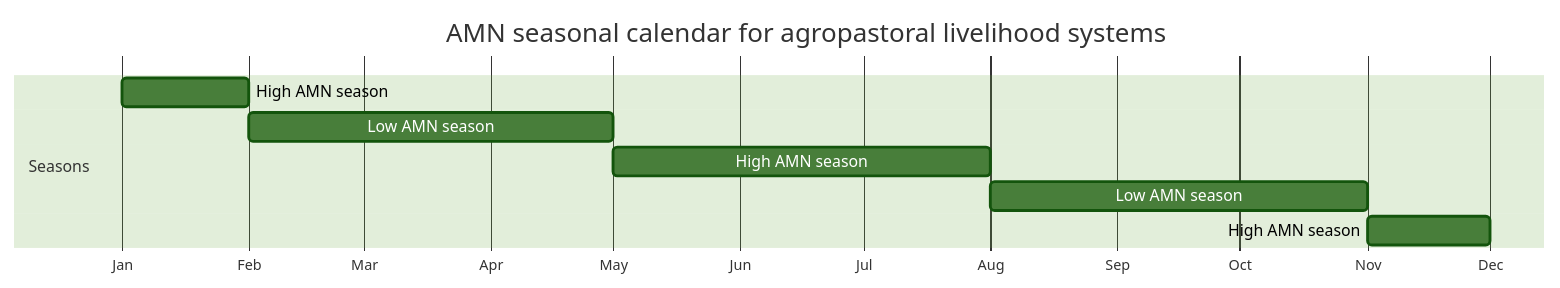
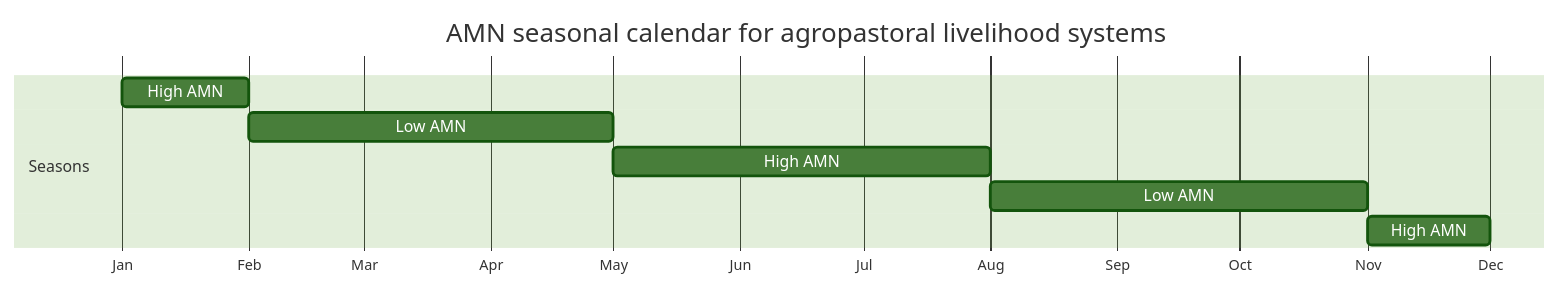
The third of 9 diagrams in presentation.qmd (nutimes/som-sam-admit), drawn with Mermaid (forest theme) before and after one commit. The commit also changed other lines of this file, not shown here.

````diff
--- a/presentation.qmd
+++ b/presentation.qmd
@@ -563,18 +546,17 @@
 ```{mermaid}
 %%| label: amn-seasonal-calendar-agropastoral
-%%| fig-cap: "Source: adaptation based on this analysis findings"
 %%| fig-cap-location: bottom
 %%| fig-height: 4
 %%| fig-width: 13.7
 gantt
     title  AMN seasonal calendar for agropastoral livelihood systems
     dateFormat M
     axisFormat %b
     todayMarker off
     section Seasons
-    High AMN season :1, 2
-    Low AMN season :2, 5
-    High AMN season :5, 8
-    Low AMN season :8, 11
-    High AMN season: 11, 12
+        High AMN :1, 2
+        Low AMN :2, 5
+        High AMN :5, 8
+        Low AMN :8, 11
+        High AMN : 11, 12
 ```
````
